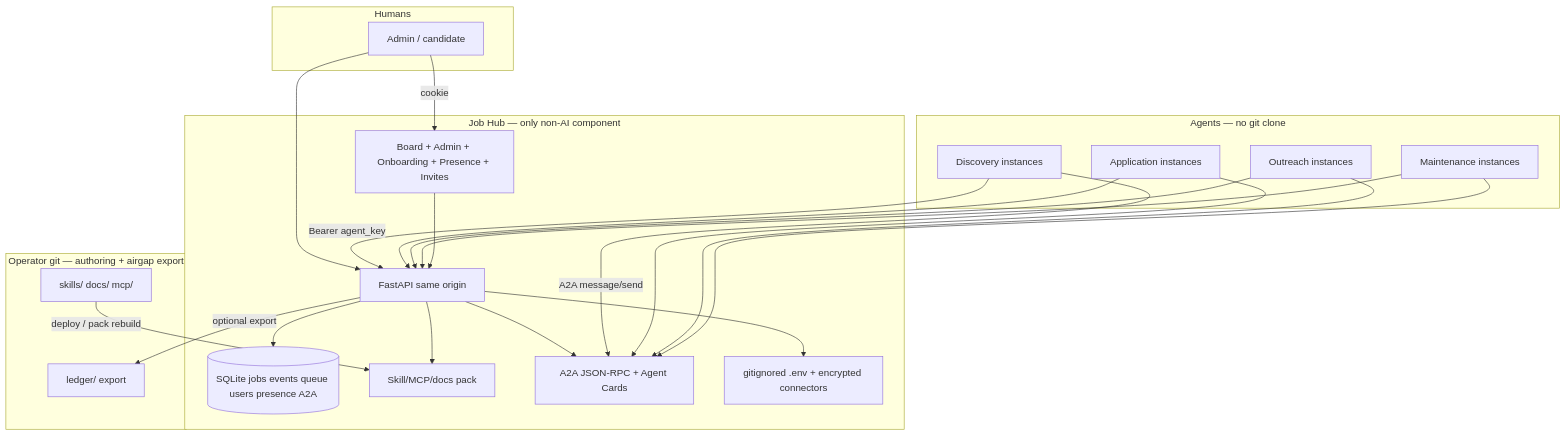
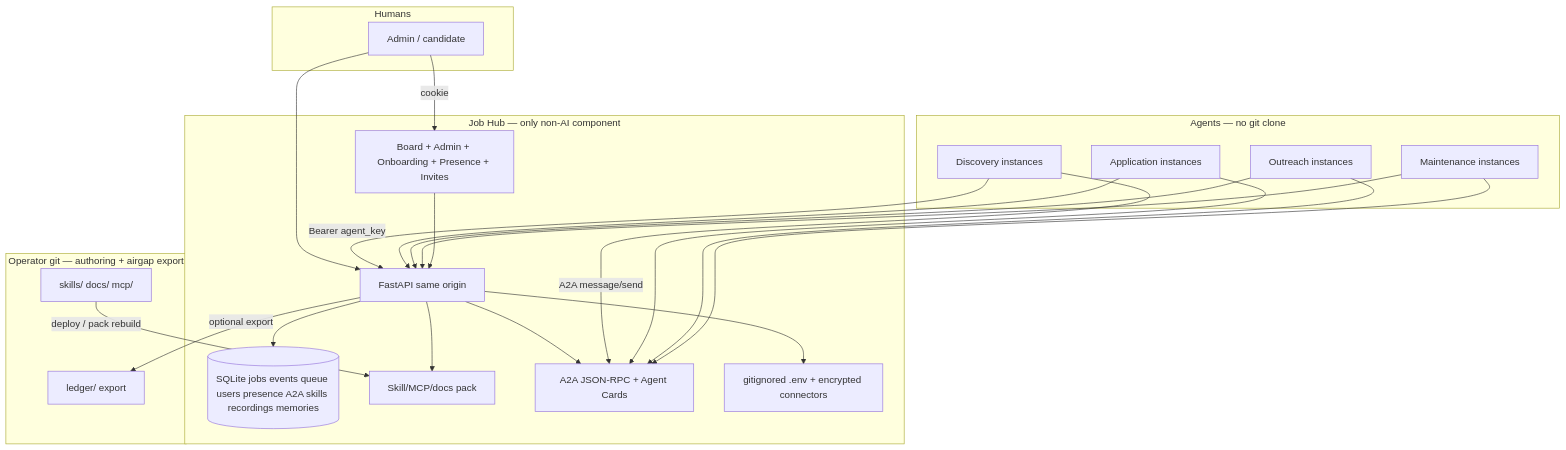
One commit to unownone/jobos changed the diagram in docs/job-hub/02-architecture.md. Above: the diagram before and after it, drawn with Mermaid. The commit also changed other lines of this file and 57 other files, not shown here.

````diff
--- a/docs/job-hub/02-architecture.md
+++ b/docs/job-hub/02-architecture.md
@@ -9,45 +9,45 @@
 ```mermaid
 flowchart TB
   subgraph humans [Humans]
     admin[Admin / candidate]
   end
 
   subgraph agents [Agents — no git clone]
     d[Discovery instances]
     a[Application instances]
     o[Outreach instances]
     m[Maintenance instances]
   end
 
   subgraph hub [Job Hub — only non-AI component]
     api[FastAPI same origin]
     ui[Board + Admin + Onboarding + Presence + Invites]
-    db[(SQLite jobs events queue users presence A2A)]
+    db[(SQLite jobs events queue users presence A2A skills recordings memories)]
     pack[Skill/MCP/docs pack]
     a2a[A2A JSON-RPC + Agent Cards]
     secrets[gitignored .env + encrypted connectors]
   end
 
   subgraph git [Operator git — authoring + airgap export]
     skills[skills/ docs/ mcp/]
     ledger[ledger/ export]
   end
 
   admin -->|cookie| ui
   admin --> api
   d -->|Bearer agent_key| api
   a --> api
   o --> api
   m --> api
   api --> db
   api --> pack
   api --> a2a
   api --> secrets
   d -->|A2A message/send| a2a
   a --> a2a
   o --> a2a
   m --> a2a
   skills -->|deploy / pack rebuild| pack
   api -->|optional export| ledger
   ui --> api
 ```
````
